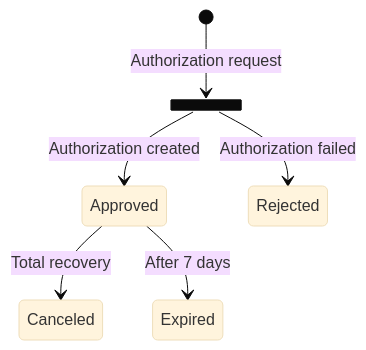
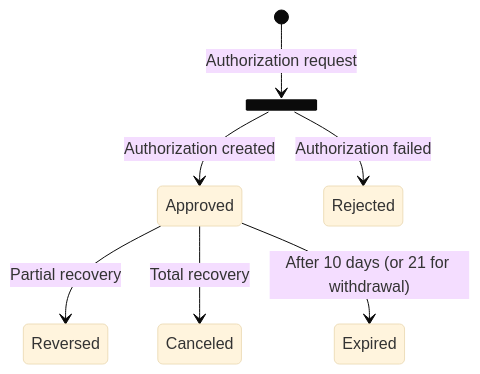
One commit to pomme-clic/s-money-documentation changed the second of 6 diagrams in docs/usecases/cards/operations/OnlineCardOperations.md. Above: the diagram before and after it, drawn with Mermaid (base theme). The commit also changed other lines of this file, not shown here.

Commit message:
add reversed status

````diff
--- a/docs/usecases/cards/operations/OnlineCardOperations.md
+++ b/docs/usecases/cards/operations/OnlineCardOperations.md
@@ -53,10 +53,11 @@
 ```mermaid
 stateDiagram-v2
  state fork_state <<fork>>
       [*] --> fork_state: Authorization request
       fork_state --> Approved: Authorization created
       fork_state --> Rejected: Authorization failed
+	  Approved --> Reversed : Partial recovery
     Approved --> Canceled : Total recovery
-    Approved--> Expired : After 7 days
+    Approved--> Expired : After 10 days (or 21 for withdrawal) 
 
 ```
````
